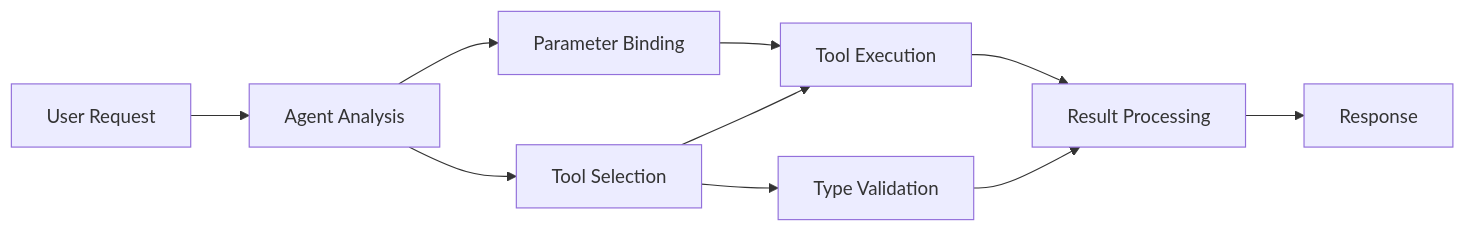
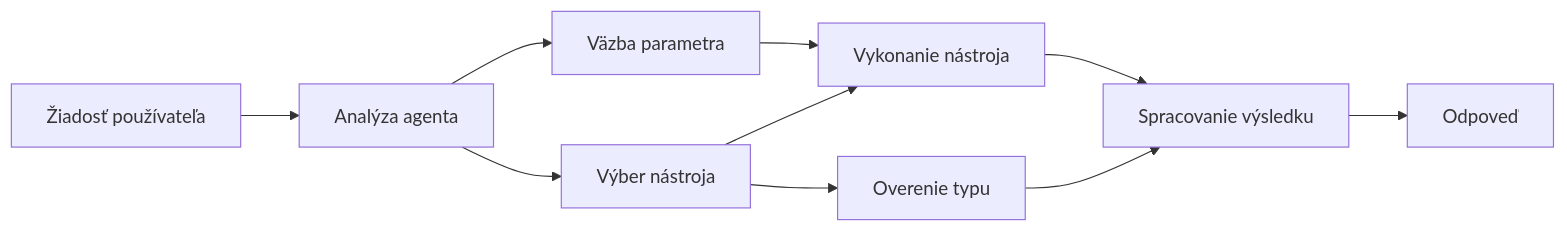
The diagram in translations/sk/04-tool-use/code_samples/04-dotnet-agent-framework.md (microsoft/ai-agents-for-beginners), drawn with Mermaid before and after one commit. The commit also changed other lines of this file and 223 other files, not shown here.

````diff
--- a/translations/sk/04-tool-use/code_samples/04-dotnet-agent-framework.md
+++ b/translations/sk/04-tool-use/code_samples/04-dotnet-agent-framework.md
@@ -40,12 +40,12 @@
 ```mermaid
 graph LR
-    A[User Request] --> B[Agent Analysis]
-    B --> C[Tool Selection]
-    C --> D[Type Validation]
-    B --> E[Parameter Binding]
-    E --> F[Tool Execution]
+    A[Žiadosť používateľa] --> B[Analýza agenta]
+    B --> C[Výber nástroja]
+    C --> D[Overenie typu]
+    B --> E[Väzba parametra]
+    E --> F[Vykonanie nástroja]
     C --> F
-    F --> G[Result Processing]
+    F --> G[Spracovanie výsledku]
     D --> G
-    G --> H[Response]
+    G --> H[Odpoveď]
 ```
````
